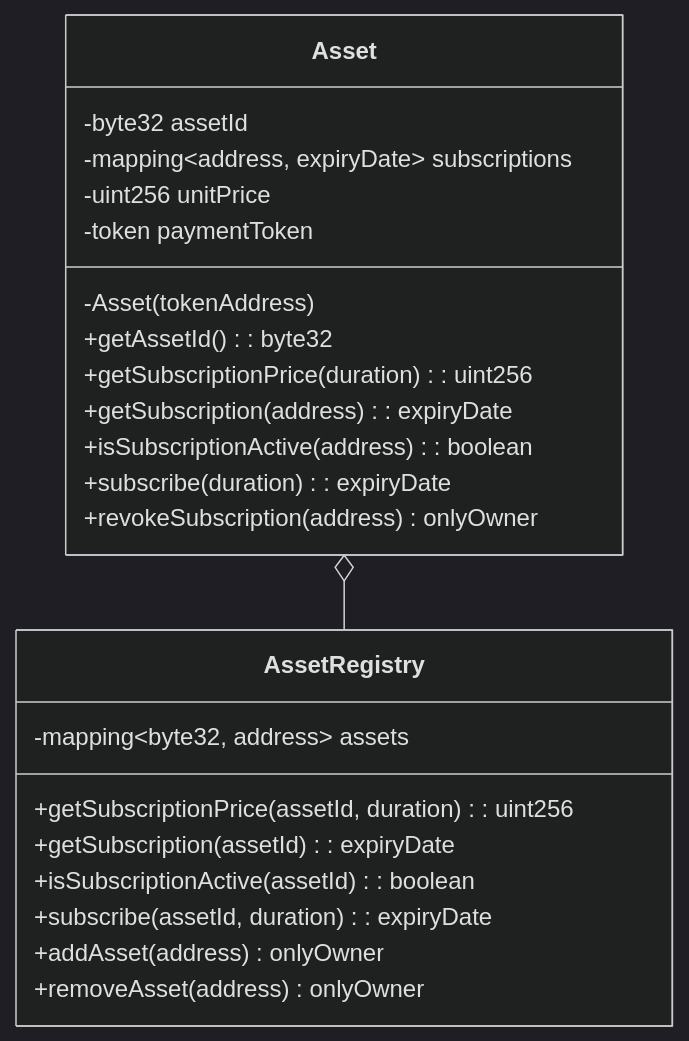
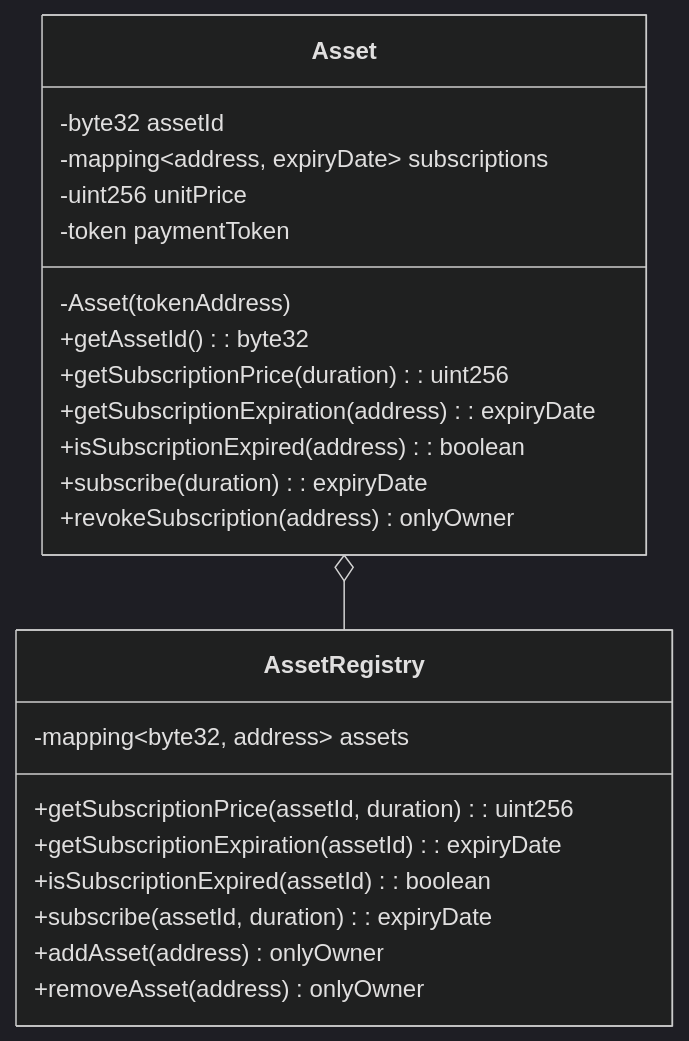
One commit to ChainSafe/open-creator-rails changed the fifth of 5 diagrams in docs/mvp-design-and-architecture.md. Above: the diagram before and after it, drawn with Mermaid (dark theme). The commit also changed other lines of this file and 9 other files, not shown here.

````diff
--- a/docs/mvp-design-and-architecture.md
+++ b/docs/mvp-design-and-architecture.md
@@ -66,26 +66,26 @@
 ```mermaid
 classDiagram
     Asset o-- AssetRegistry
     class AssetRegistry{
         -mapping~byte32, address~ assets
         +getSubscriptionPrice(assetId, duration) : uint256
-        +getSubscription(assetId) : expiryDate
-        +isSubscriptionActive(assetId) : boolean
+        +getSubscriptionExpiration(assetId) : expiryDate
+        +isSubscriptionExpired(assetId) : boolean
         +subscribe(assetId, duration) : expiryDate
         +addAsset(address) onlyOwner
         +removeAsset(address) onlyOwner
     }
     class Asset{
         -byte32 assetId
         -mapping~address, expiryDate~ subscriptions
         -uint256 unitPrice
         -token paymentToken
         -Asset(tokenAddress)
         +getAssetId() : byte32
         +getSubscriptionPrice(duration) : uint256
-        +getSubscription(address) : expiryDate
-        +isSubscriptionActive(address) : boolean
+        +getSubscriptionExpiration(address) : expiryDate
+        +isSubscriptionExpired(address) : boolean
         +subscribe(duration) : expiryDate
         +revokeSubscription(address) onlyOwner
     }
 ```
````
